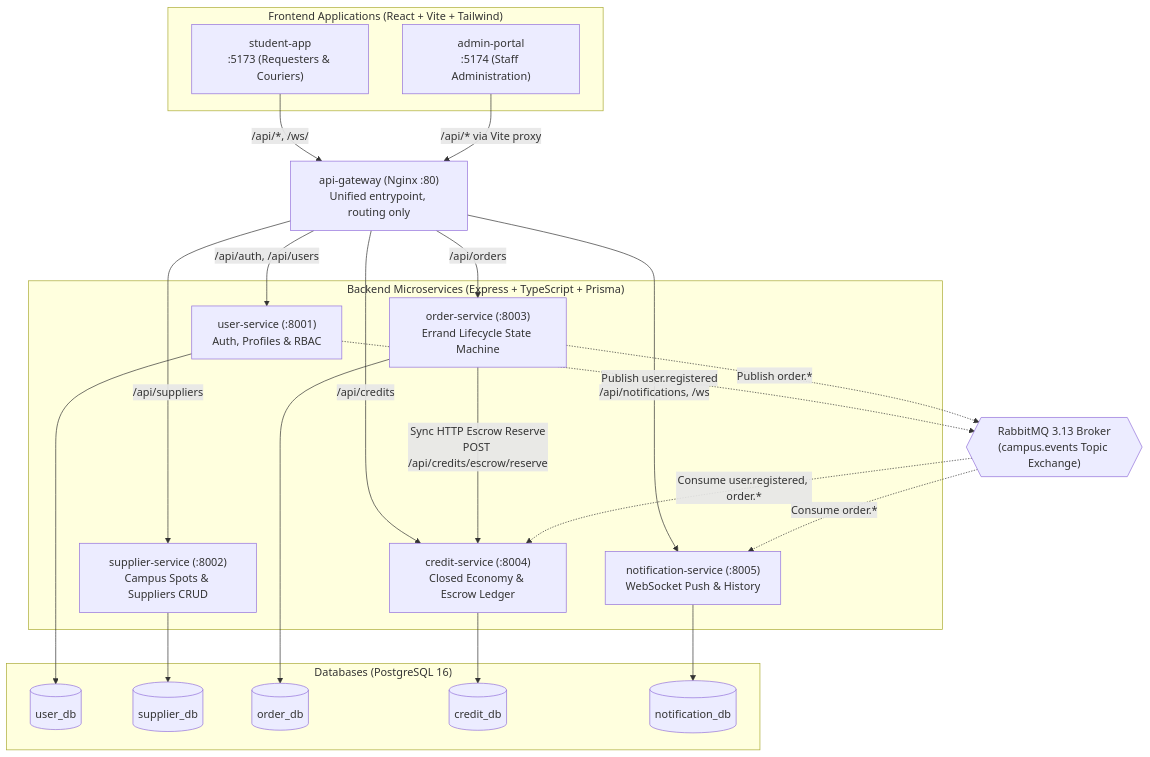
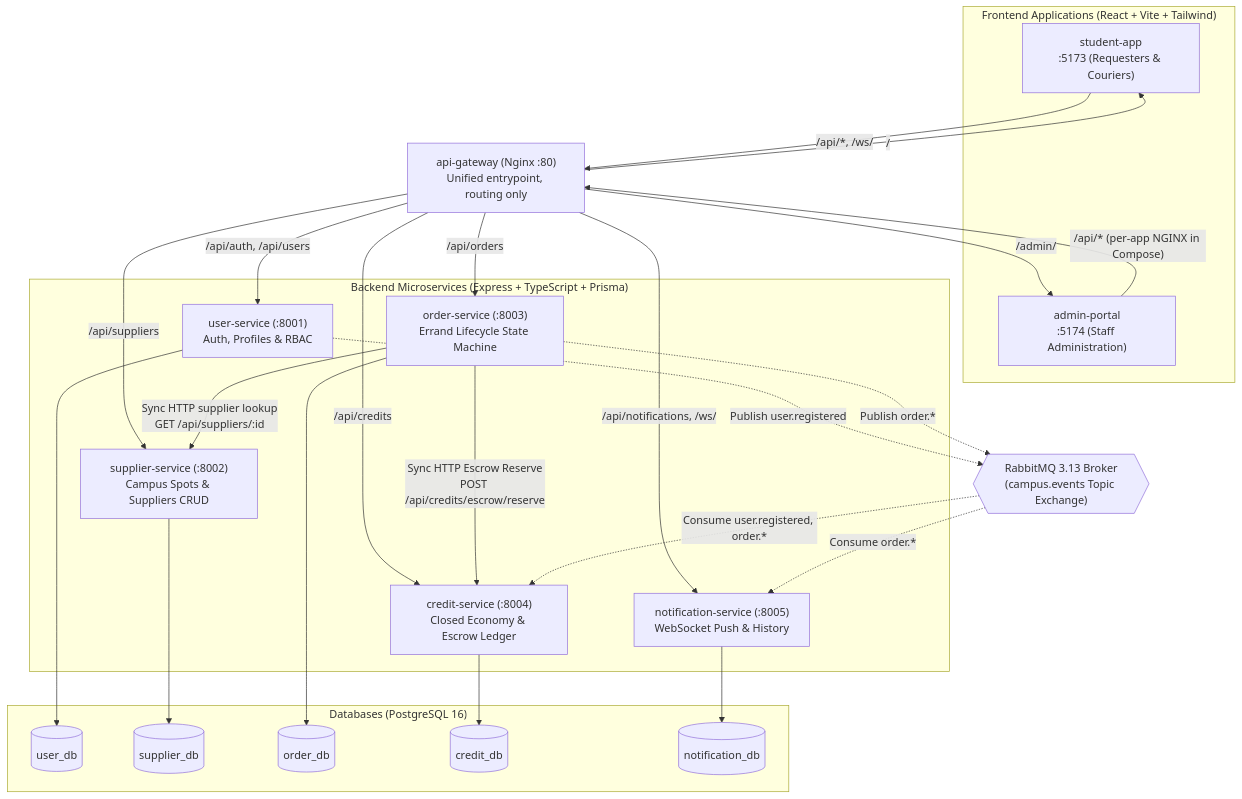
One commit to AY2627S1-CS3219-P25/friend-on-campus changed the diagram in docs/architecture.md. Above: the diagram before and after it, drawn with Mermaid. The commit also changed other lines of this file and 7 other files, not shown here.

````diff
--- a/docs/architecture.md
+++ b/docs/architecture.md
@@ -16,48 +20,51 @@
 ```mermaid
 flowchart TB
   subgraph Clients["Frontend Applications (React + Vite + Tailwind)"]
     SA["student-app<br/>:5173 (Requesters & Couriers)"]
     AP["admin-portal<br/>:5174 (Staff Administration)"]
   end
 
   GW["api-gateway (Nginx :80)<br/>Unified entrypoint, routing only"]
 
   subgraph Services["Backend Microservices (Express + TypeScript + Prisma)"]
     US["user-service (:8001)<br/>Auth, Profiles & RBAC"]
     SS["supplier-service (:8002)<br/>Campus Spots & Suppliers CRUD"]
     OS["order-service (:8003)<br/>Errand Lifecycle State Machine"]
     CS["credit-service (:8004)<br/>Closed Economy & Escrow Ledger"]
     NS["notification-service (:8005)<br/>WebSocket Push & History"]
   end
 
   subgraph Storage["Databases (PostgreSQL 16)"]
     UDB[("user_db")]
     SDB[("supplier_db")]
     ODB[("order_db")]
     CDB[("credit_db")]
     NDB[("notification_db")]
   end
 
   MQ{{"RabbitMQ 3.13 Broker<br/>(campus.events Topic Exchange)"}}
 
   SA -->|"/api/*, /ws/"| GW
-  AP -->|"/api/* via Vite proxy"| GW
+  AP -->|"/api/* (per-app NGINX in Compose)"| GW
+  GW -->|"/"| SA
+  GW -->|"/admin/"| AP
   GW -->|"/api/auth, /api/users"| US
   GW -->|"/api/suppliers"| SS
   GW -->|"/api/orders"| OS
   GW -->|"/api/credits"| CS
-  GW -->|"/api/notifications, /ws"| NS
+  GW -->|"/api/notifications, /ws/"| NS
+  OS -->|"Sync HTTP supplier lookup<br/>GET /api/suppliers/:id"| SS
 
   OS -->|"Sync HTTP Escrow Reserve<br/>POST /api/credits/escrow/reserve"| CS
 
   US --> UDB
   SS --> SDB
   OS --> ODB
   CS --> CDB
   NS --> NDB
 
   US -.->|"Publish user.registered"| MQ
   OS -.->|"Publish order.*"| MQ
   MQ -.->|"Consume user.registered, order.*"| CS
   MQ -.->|"Consume order.*"| NS
 ```
````
